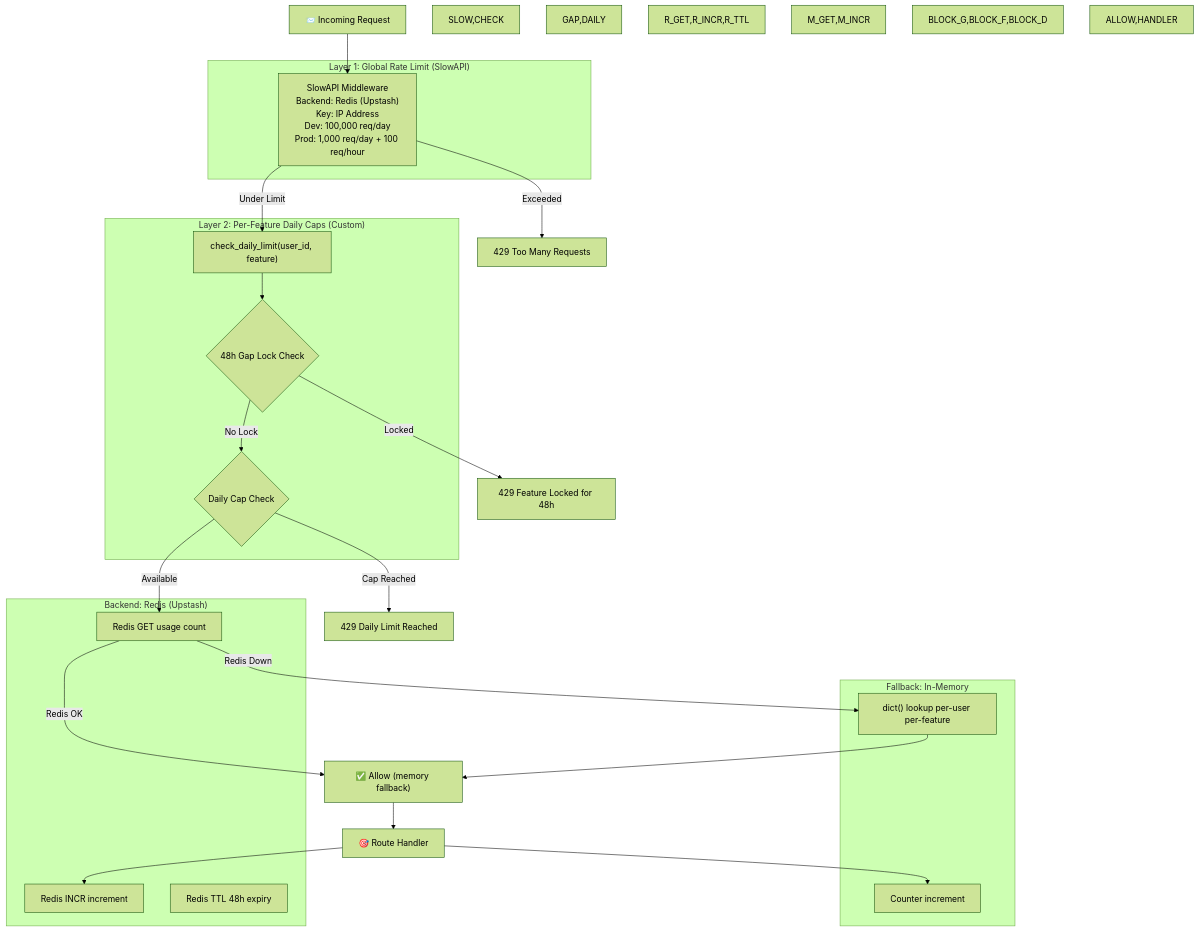
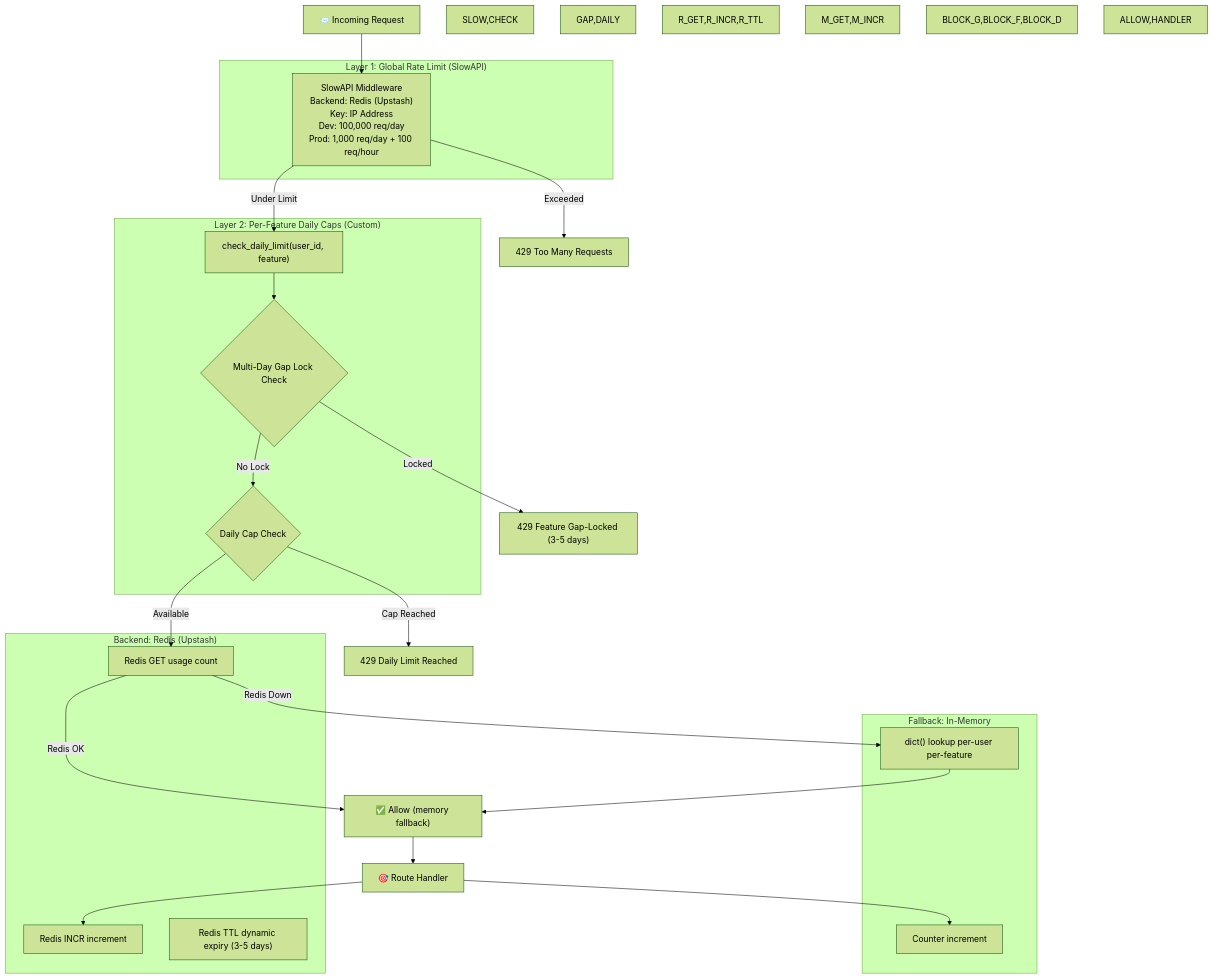
Before and after one commit to Anil-Pradhan-web/ai-career-mentor: diagram 24 of 34 in ARCHITECTURE.md, drawn with Mermaid (forest theme). The commit also changed other lines of this file and 28 other files, not shown here.

````diff
--- a/ARCHITECTURE.md
+++ b/ARCHITECTURE.md
@@ -1468,58 +1468,58 @@
 ```mermaid
 flowchart TD
     classDef layer fill:#0ea5e9,color:#fff,stroke:#38bdf8
     classDef decision fill:#f59e0b,color:#fff,stroke:#d97706
     classDef block fill:#ef4444,color:#fff,stroke:#dc2626
     classDef allow fill:#34d399,color:#fff,stroke:#10b981
 
     REQ["📨 Incoming Request"]
     
     subgraph "Layer 1: Global Rate Limit (SlowAPI)"
         SLOW["SlowAPI Middleware<br/>Backend: Redis (Upstash)<br/>Key: IP Address<br/>Dev: 100,000 req/day<br/>Prod: 1,000 req/day + 100 req/hour"]
     end
     
     subgraph "Layer 2: Per-Feature Daily Caps (Custom)"
         CHECK["check_daily_limit(user_id, feature)"]
         
-        GAP{"48h Gap Lock Check"}
+        GAP{"Multi-Day Gap Lock Check"}
         DAILY{"Daily Cap Check"}
     end
     
     subgraph "Backend: Redis (Upstash)"
         R_GET["Redis GET usage count"]
         R_INCR["Redis INCR increment"]
-        R_TTL["Redis TTL 48h expiry"]
+        R_TTL["Redis TTL dynamic expiry (3-5 days)"]
     end
     
     subgraph "Fallback: In-Memory"
         M_GET["dict() lookup per-user per-feature"]
         M_INCR["Counter increment"]
     end
     
     REQ --> SLOW
     
     SLOW -->|"Under Limit"| CHECK
     SLOW -->|"Exceeded"| BLOCK_G["429 Too Many Requests"]
     
     CHECK --> GAP
     
-    GAP -->|"Locked"| BLOCK_F["429 Feature Locked for 48h"]
+    GAP -->|"Locked"| BLOCK_F["429 Feature Gap-Locked (3-5 days)"]
     GAP -->|"No Lock"| DAILY
     
     DAILY -->|"Cap Reached"| BLOCK_D["429 Daily Limit Reached"]
     DAILY -->|"Available"| R_GET
     
     R_GET -->|"Redis OK"| ALLOW["✅ Allow Request"]
     R_GET -->|"Redis Down"| M_GET --> ALLOW["✅ Allow (memory fallback)"]
     
     ALLOW --> HANDLER["🎯 Route Handler"]
     HANDLER --> R_INCR & M_INCR
 
     style REQ layer
     style SLOW,CHECK layer
     style GAP,DAILY decision
     style R_GET,R_INCR,R_TTL layer
     style M_GET,M_INCR layer
     style BLOCK_G,BLOCK_F,BLOCK_D block
     style ALLOW,HANDLER allow
 ```
````
